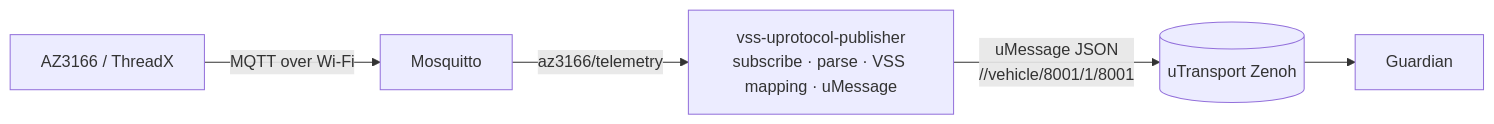
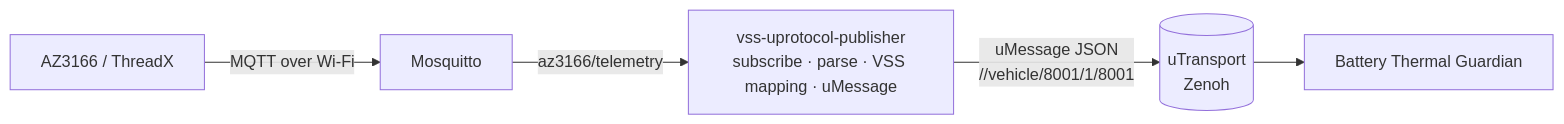
Before and after one commit to Eclipse-SDV-Hackathon-Chapter-Four/FEVengers_Hackathon_2026: the diagram in Docs/vss-uprotocol-publisher.md, drawn with Mermaid. The commit also changed other lines of this file and 24 other files, not shown here.

````diff
--- a/Docs/vss-uprotocol-publisher.md
+++ b/Docs/vss-uprotocol-publisher.md
@@ -29,7 +29,7 @@
 ```mermaid
 flowchart LR
   AZ[AZ3166 / ThreadX] -->|MQTT over Wi-Fi| MQ[Mosquitto]
   MQ -->|az3166/telemetry| P[vss-uprotocol-publisher<br/>subscribe · parse · VSS mapping · uMessage]
-  P -->|uMessage JSON<br/>//vehicle/8001/1/8001| Z[(uTransport Zenoh)]
-  Z --> G[Guardian]
+  P -->|uMessage JSON<br/>//vehicle/8001/1/8001| Z[(uTransport<br/>Zenoh)]
+  Z --> G[Battery Thermal Guardian]
 ```
````
